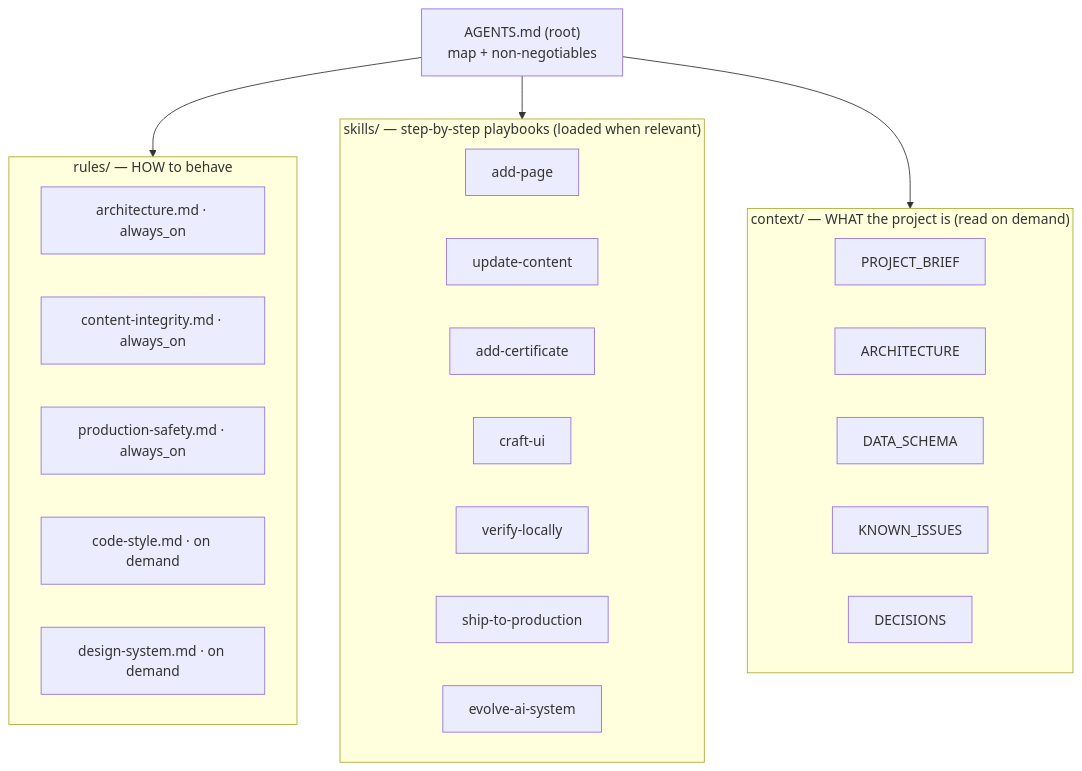
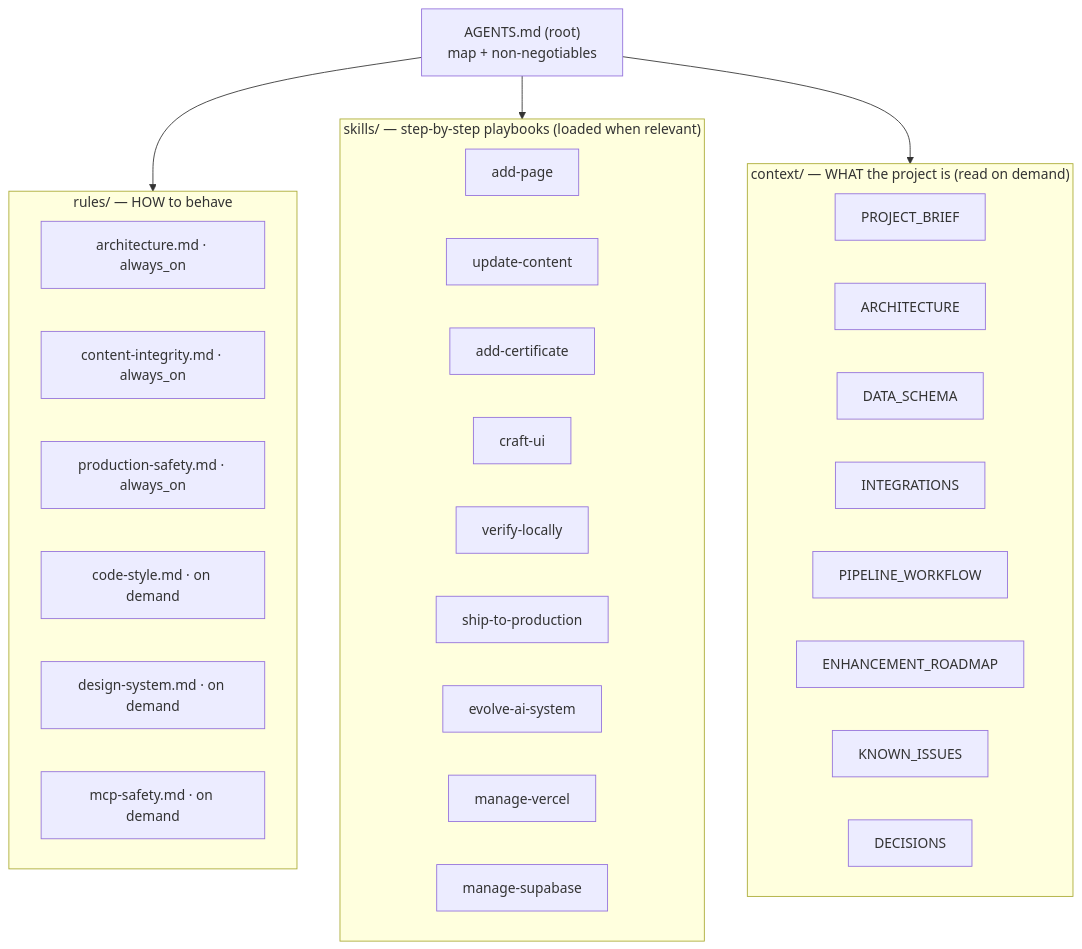
Before and after one commit to RoldanGaspar/Portfolio_Brylim_inspo: the diagram in .agents/README.md, drawn with Mermaid. The commit also changed other lines of this file and 10 other files, not shown here.

````diff
--- a/.agents/README.md
+++ b/.agents/README.md
@@ -7,29 +7,35 @@
 ```mermaid
 flowchart TD
     A["AGENTS.md (root)<br/>map + non-negotiables"] --> R
     subgraph R["rules/ — HOW to behave"]
         R1["architecture.md · always_on"]
         R2["content-integrity.md · always_on"]
         R3["production-safety.md · always_on"]
         R4["code-style.md · on demand"]
         R5["design-system.md · on demand"]
+        R6["mcp-safety.md · on demand"]
     end
     A --> S
     subgraph S["skills/ — step-by-step playbooks (loaded when relevant)"]
         S1[add-page]
         S2[update-content]
         S3[add-certificate]
         S4[craft-ui]
         S5[verify-locally]
         S6[ship-to-production]
         S7[evolve-ai-system]
+        S8[manage-vercel]
+        S9[manage-supabase]
     end
     A --> C
     subgraph C["context/ — WHAT the project is (read on demand)"]
         C1[PROJECT_BRIEF]
         C2[ARCHITECTURE]
         C3[DATA_SCHEMA]
-        C4[KNOWN_ISSUES]
-        C5[DECISIONS]
+        C4[INTEGRATIONS]
+        C5[PIPELINE_WORKFLOW]
+        C6[ENHANCEMENT_ROADMAP]
+        C7[KNOWN_ISSUES]
+        C8[DECISIONS]
     end
 ```
````
